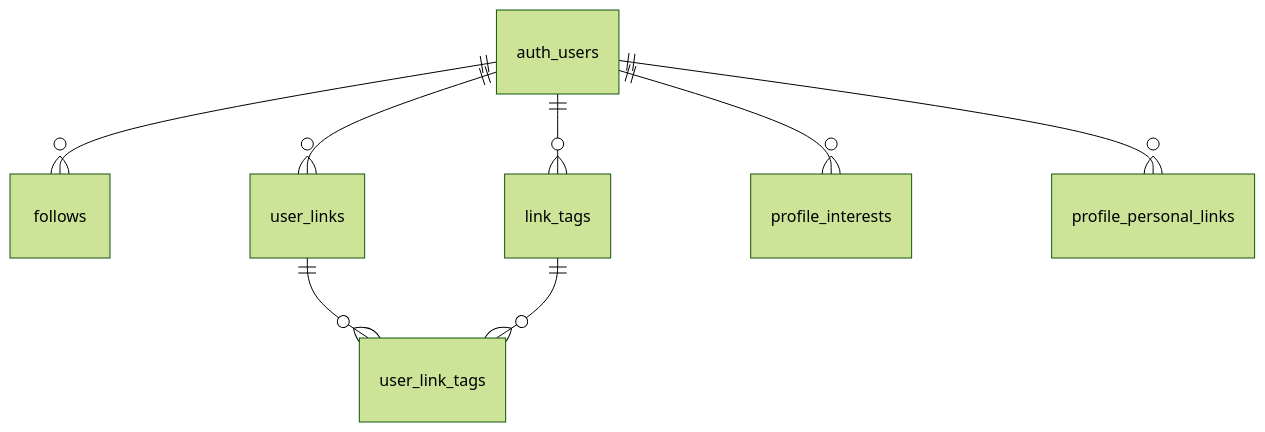
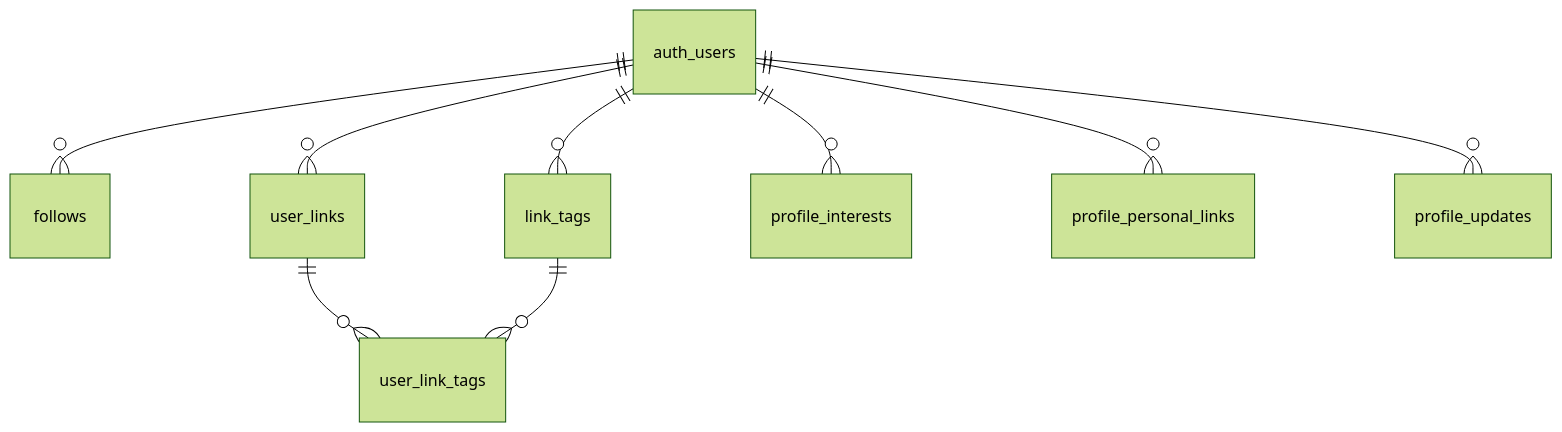
One commit to coursetexts/notion-site changed the seventh of 10 diagrams in docs/database.md. Above: the diagram before and after it, drawn with Mermaid (forest theme). The commit also changed other lines of this file and 33 other files, not shown here.

````diff
--- a/docs/database.md
+++ b/docs/database.md
@@ -404,10 +404,11 @@
 ```mermaid
 erDiagram
   auth_users ||--o{ follows : ""
   auth_users ||--o{ user_links : ""
   auth_users ||--o{ link_tags : ""
   user_links ||--o{ user_link_tags : ""
   link_tags ||--o{ user_link_tags : ""
   auth_users ||--o{ profile_interests : ""
   auth_users ||--o{ profile_personal_links : ""
+  auth_users ||--o{ profile_updates : ""
 ```
````
